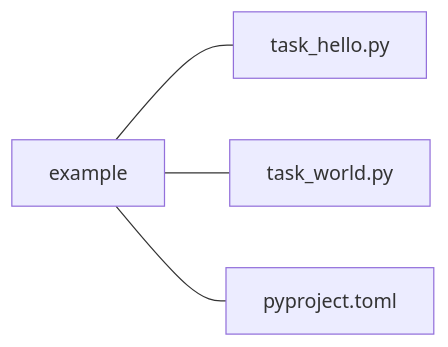
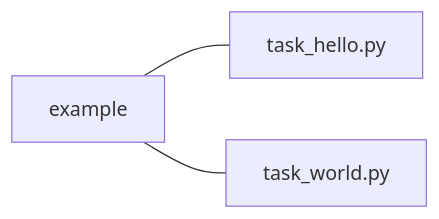
One commit to OpenSourceEconomics/epp_topics changed the diagram in src/epp_topics/python_basics/executing_pytask/screencast/slides.md. Above: the diagram before and after it, drawn with Mermaid. The commit also changed other lines of this file and 25 other files, not shown here.

````diff
--- a/src/epp_topics/python_basics/executing_pytask/screencast/slides.md
+++ b/src/epp_topics/python_basics/executing_pytask/screencast/slides.md
@@ -64,7 +65,6 @@
 ```mermaid {theme: 'dark', scale: 0.8}
 graph LR
     classDef highlight fill:#FF4500;
     A["example"] --- B["task_hello.py"]
     A["example"] --- C["task_world.py"]
-    A["example"] --- D["pyproject.toml"]
 ```
````
